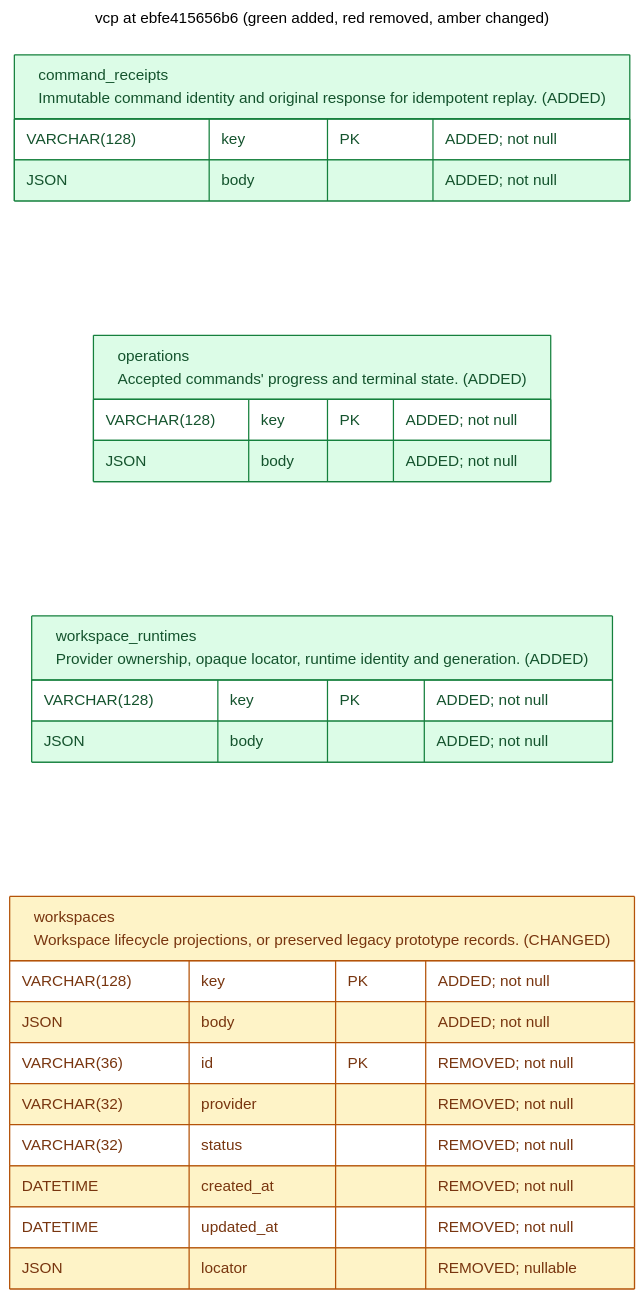
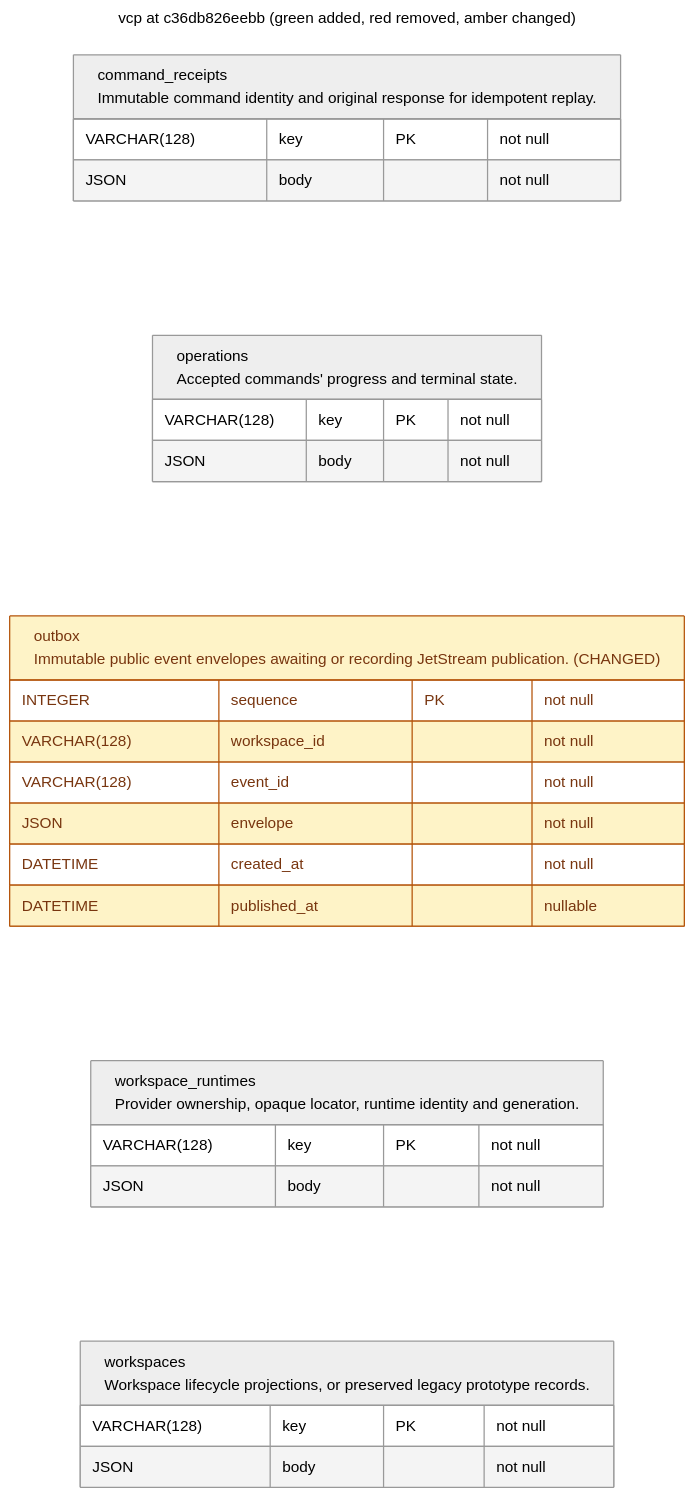
One commit to OpenEngine/OpenEngine changed the diagram in v2/docs/schema/latest_vcp.mermaid. Above: the diagram before and after it, drawn with Mermaid. The commit also changed 24 other files, not shown here.

First line of the commit message:
feat(v2-vcp): publish workspace events through a transactional outbox (#1248)

```diff
--- a/v2/docs/schema/latest_vcp.mermaid
+++ b/v2/docs/schema/latest_vcp.mermaid
@@ -1,39 +1,38 @@
 ---
-title: vcp at ebfe415656b6 (green added, red removed, amber changed)
+title: vcp at c36db826eebb (green added, red removed, amber changed)
 config:
   theme: neutral
 ---
 erDiagram
     direction LR
     %% REMOVED tables/columns are tombstones, absent from this revision's schema.
     %% Column changes include type, nullability, default and key membership.
     %% Table changes also include indexes and constraints.
     classDef added fill:#dcfce7,stroke:#15803d,color:#14532d
     classDef removed fill:#fee2e2,stroke:#b91c1c,color:#7f1d1d
     classDef changed fill:#fef3c7,stroke:#b45309,color:#78350f
-    command_receipts["command_receipts<br/>Immutable command identity and original response for idempotent replay. (ADDED)"] {
-        VARCHAR(128) key PK "ADDED; not null"
-        JSON body "ADDED; not null"
+    command_receipts["command_receipts<br/>Immutable command identity and original response for idempotent replay."] {
+        VARCHAR(128) key PK "not null"
+        JSON body "not null"
     }
-    class command_receipts added
-    operations["operations<br/>Accepted commands' progress and terminal state. (ADDED)"] {
-        VARCHAR(128) key PK "ADDED; not null"
-        JSON body "ADDED; not null"
+    operations["operations<br/>Accepted commands' progress and terminal state."] {
+        VARCHAR(128) key PK "not null"
+        JSON body "not null"
     }
-    class operations added
-    workspace_runtimes["workspace_runtimes<br/>Provider ownership, opaque locator, runtime identity and generation. (ADDED)"] {
-        VARCHAR(128) key PK "ADDED; not null"
-        JSON body "ADDED; not null"
+    outbox["outbox<br/>Immutable public event envelopes awaiting or recording JetStream publication. (CHANGED)"] {
+        INTEGER sequence PK "not null"
+        VARCHAR(128) workspace_id "not null"
+        VARCHAR(128) event_id "not null"
+        JSON envelope "not null"
+        DATETIME created_at "not null"
+        DATETIME published_at "nullable"
     }
-    class workspace_runtimes added
-    workspaces["workspaces<br/>Workspace lifecycle projections, or preserved legacy prototype records. (CHANGED)"] {
-        VARCHAR(128) key PK "ADDED; not null"
-        JSON body "ADDED; not null"
-        VARCHAR(36) id PK "REMOVED; not null"
-        VARCHAR(32) provider "REMOVED; not null"
-        VARCHAR(32) status "REMOVED; not null"
-        DATETIME created_at "REMOVED; not null"
-        DATETIME updated_at "REMOVED; not null"
-        JSON locator "REMOVED; nullable"
+    class outbox changed
+    workspace_runtimes["workspace_runtimes<br/>Provider ownership, opaque locator, runtime identity and generation."] {
+        VARCHAR(128) key PK "not null"
+        JSON body "not null"
     }
-    class workspaces changed
+    workspaces["workspaces<br/>Workspace lifecycle projections, or preserved legacy prototype records."] {
+        VARCHAR(128) key PK "not null"
+        JSON body "not null"
+    }
```
